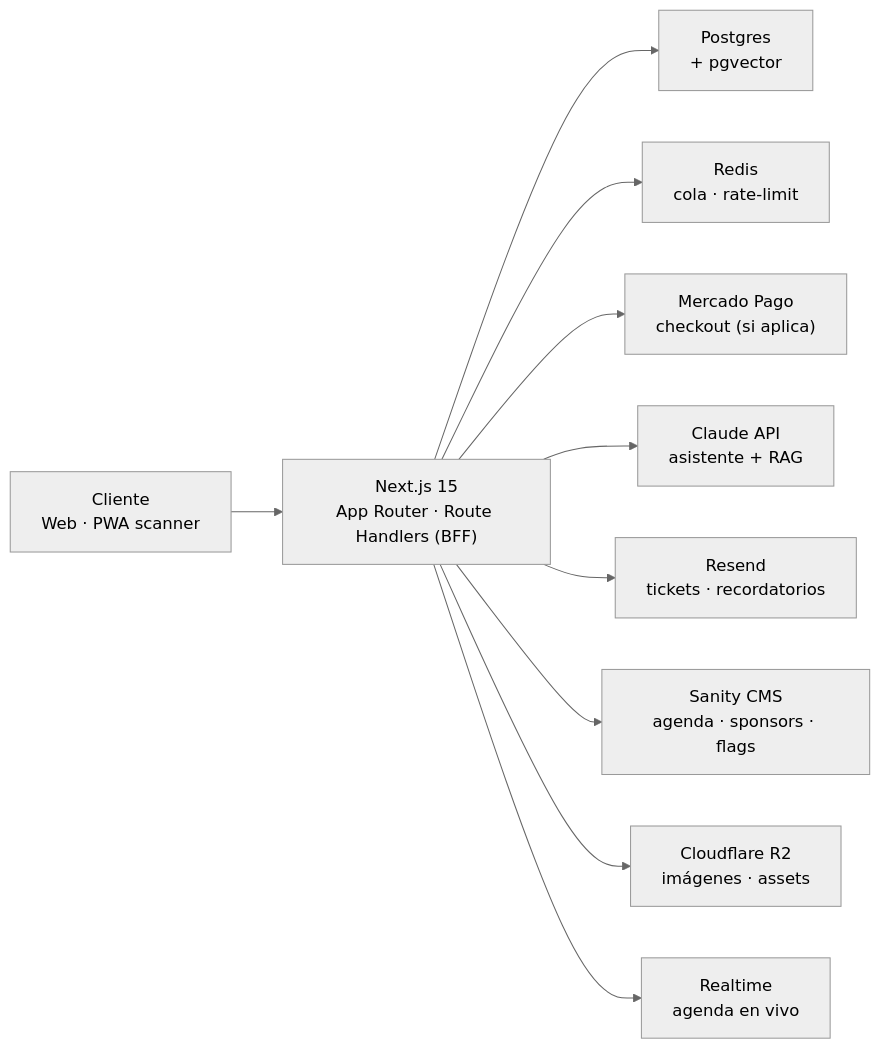
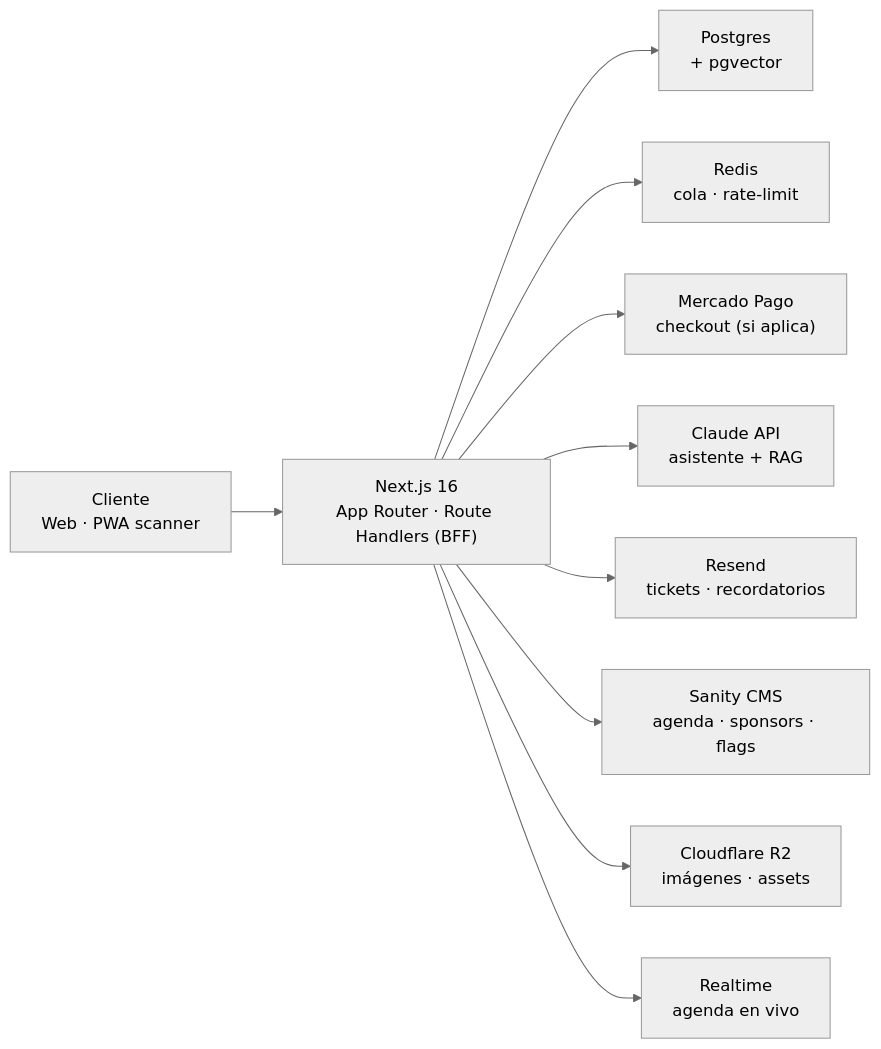
Before and after one commit to Delestal94/Expo2026: the diagram in docs/architecture.md, drawn with Mermaid (neutral theme). The commit also changed other lines of this file and 29 other files, not shown here.

````diff
--- a/docs/architecture.md
+++ b/docs/architecture.md
@@ -17,12 +17,12 @@
 ```mermaid
 flowchart LR
-    Client["Cliente\nWeb · PWA scanner"] --> NextJS["Next.js 15\nApp Router · Route Handlers (BFF)"]
+    Client["Cliente\nWeb · PWA scanner"] --> NextJS["Next.js 16\nApp Router · Route Handlers (BFF)"]
     NextJS --> DB["Postgres\n+ pgvector"]
     NextJS --> Redis["Redis\ncola · rate-limit"]
     NextJS --> MP["Mercado Pago\ncheckout (si aplica)"]
     NextJS --> AI["Claude API\nasistente + RAG"]
     NextJS --> Mail["Resend\ntickets · recordatorios"]
     NextJS --> CMS["Sanity CMS\nagenda · sponsors · flags"]
     NextJS --> Storage["Cloudflare R2\nimágenes · assets"]
     NextJS --> RT["Realtime\nagenda en vivo"]
 ```
````
